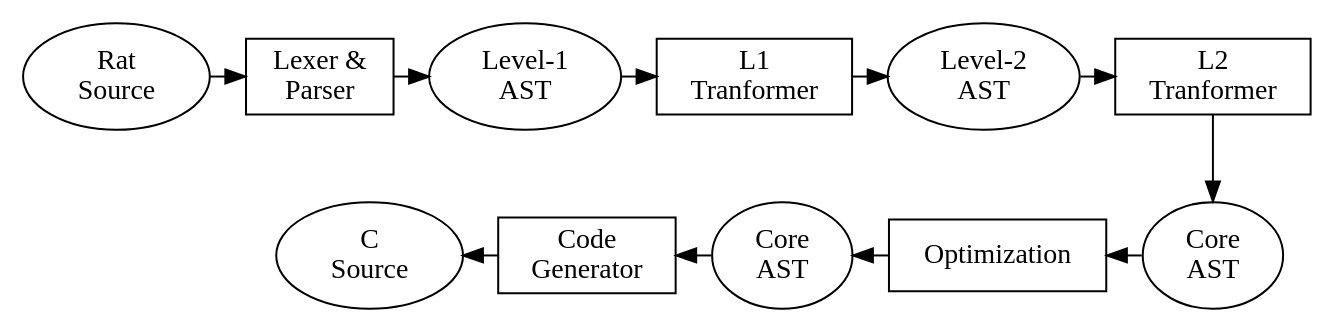
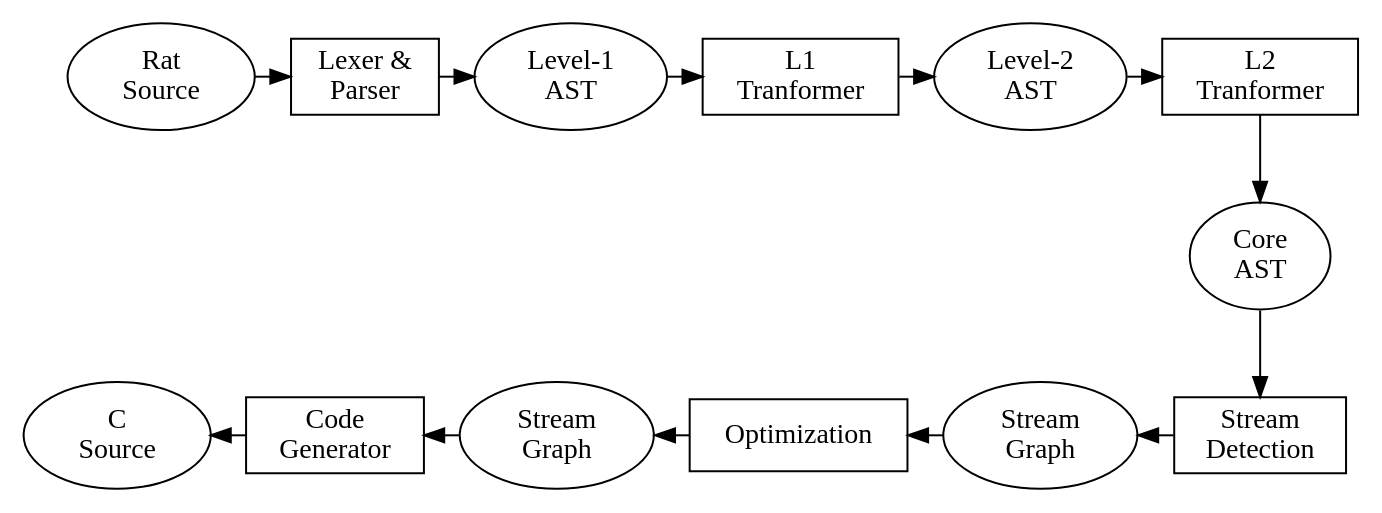
The diagram in figures/frontend.dot (pysuxing/master-thesis), drawn with Graphviz before and after one commit. The commit also changed 10 other files, not shown here.

```diff
--- a/figures/frontend.dot
+++ b/figures/frontend.dot
@@ -1,46 +1,51 @@
 digraph G {
         {
-                rank = same;
+                rank = min;
                 rankdir=LR;
                 src;
                 lp;
                 l1;
                 t1;
                 l2;
                 t2;
         }
         {
-                rank = same;
+                rank = max;
                 rankdir=LR;
-                core1;
+                sd;
+                sg1;
                 opt;
-                core2;
+                sg2;
                 cgen;
                 ccode;
         }
                 
         node[shape=ellipse];
 
         src[label="Rat\nSource"];
         lp[label="Lexer &\nParser", shape=box];
         l1[label="Level-1\nAST"];
         t1[label="L1\nTranformer", shape=box];
         l2[label="Level-2\nAST"];
         t2[label="L2\nTranformer", shape=box];
-        core1[label="Core\nAST"];
+        core[label="Core\nAST"];
+        sd[label="Stream\nDetection", shape=box];
+        sg1[label="Stream\nGraph"];
         opt[label="Optimization", shape=box];
-        core2[label="Core\nAST"];
+        sg2[label="Stream\nGraph"];
         cgen[label="Code\nGenerator", shape=box];
         ccode[label="C\nSource"];
 
         src -> lp;
         lp -> l1;
         l1 -> t1;
         t1 -> l2;
         l2 -> t2;
-        t2 -> core1;
+        t2 -> core;
         ccode -> cgen[dir=back];
-        cgen -> core2[dir=back];
-        core2 -> opt[dir=back];
-        opt -> core1[dir=back];
+        cgen -> sg2[dir=back];
+        sg2 -> opt[dir=back];
+        opt -> sg1[dir=back];
+        sg1 -> sd[dir=back];
+        sd -> core[dir=back];
 }
```
